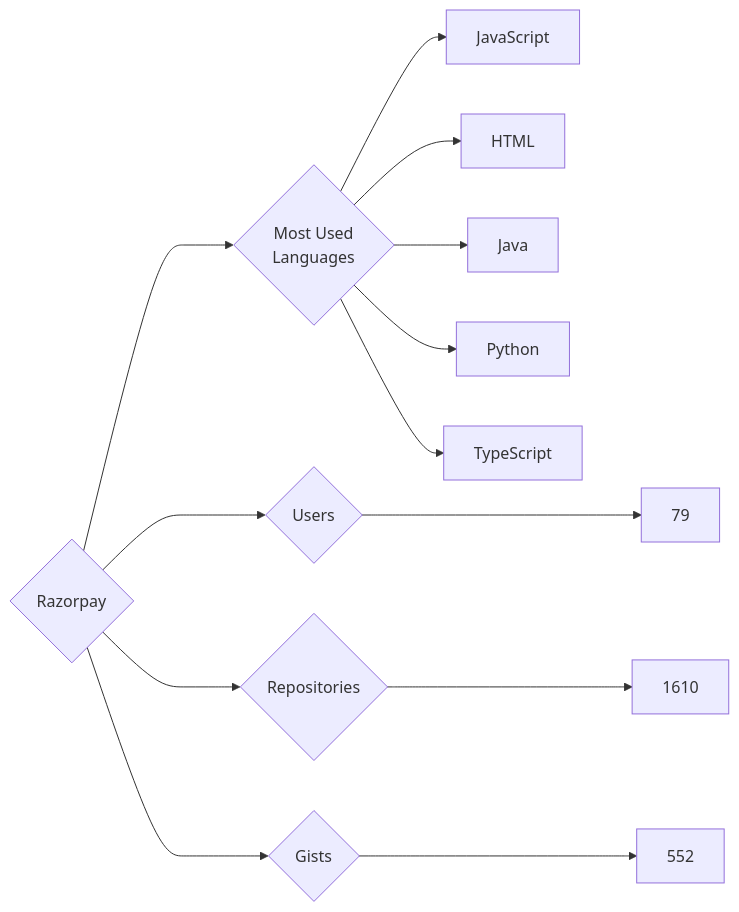
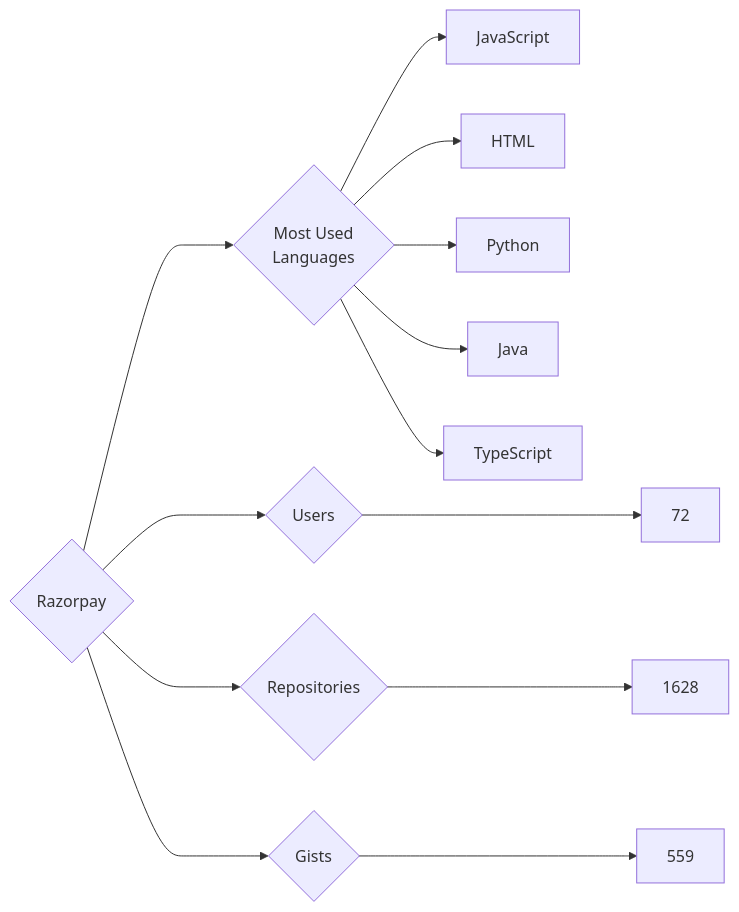
The diagram in targets/Razorpay/README.md (trickest/insiders), drawn with Mermaid before and after one commit. The commit also changed 972 other files, not shown here.

````diff
--- a/targets/Razorpay/README.md
+++ b/targets/Razorpay/README.md
@@ -3,13 +3,13 @@
 ```mermaid
 graph LR
 COMPANY_NAME{Razorpay}
-COMPANY_NAME ---> U{Users} ---> UN[79]
-COMPANY_NAME ---> R{Repositories} ---> RN[1610]
-COMPANY_NAME ---> G{Gists} ---> GN[552]
+COMPANY_NAME ---> U{Users} ---> UN[72]
+COMPANY_NAME ---> R{Repositories} ---> RN[1628]
+COMPANY_NAME ---> G{Gists} ---> GN[559]
 COMPANY_NAME ---> ML{Most Used<br>Languages}
 ML --> JavaScript[JavaScript]
 ML --> HTML[HTML]
+ML --> Python[Python]
 ML --> Java[Java]
-ML --> Python[Python]
 ML --> TypeScript[TypeScript]
 ```
````
